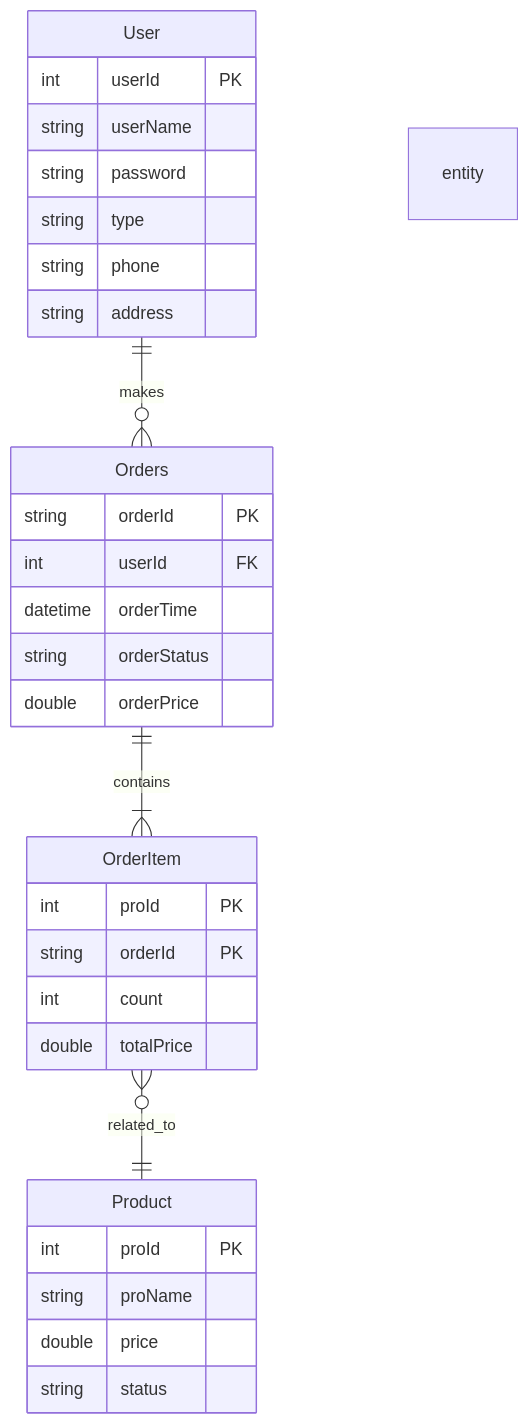
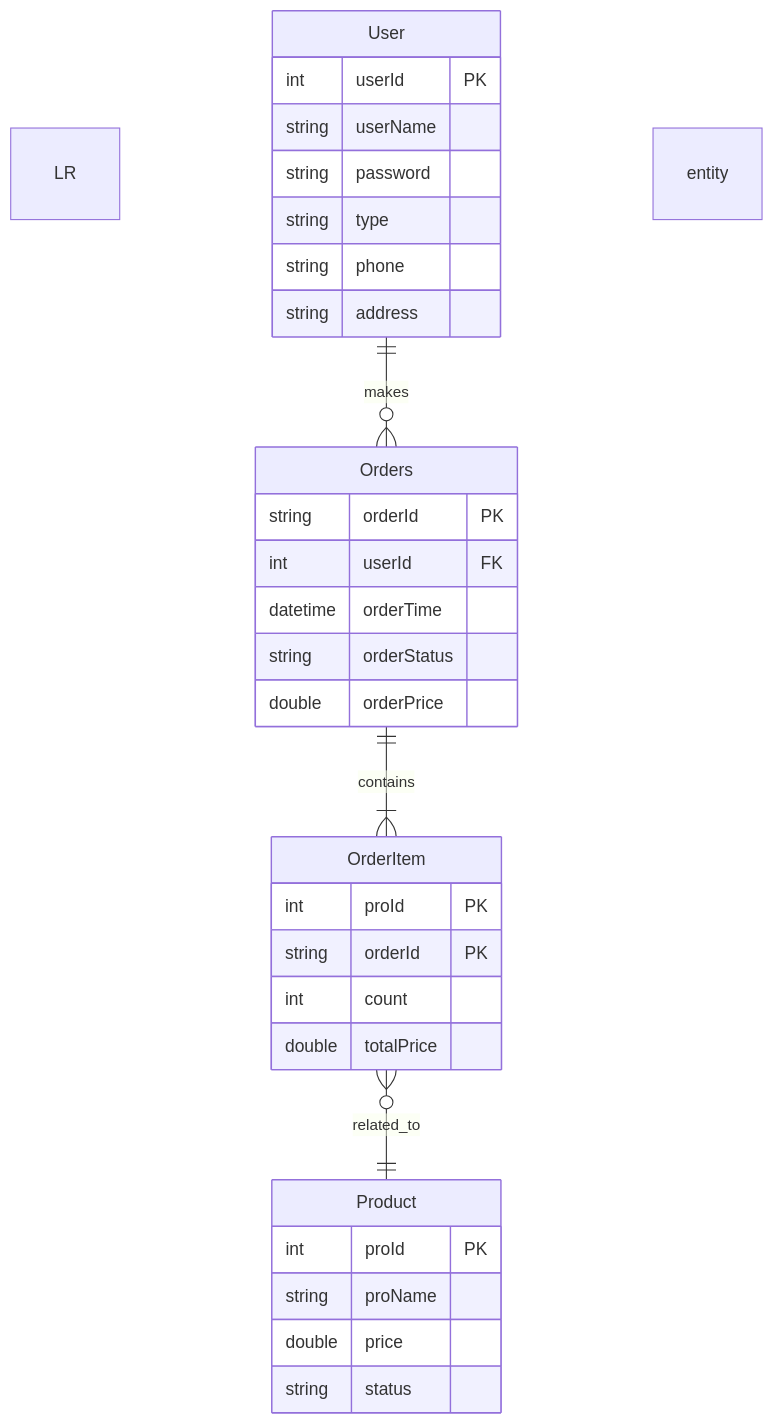
One commit to Beryl-wangzl/iodraw-files changed the diagram in all/未命名-2.md. Above: the diagram before and after it, drawn with Mermaid.

Commit message:
2024-12-27 10:59:04 update

````diff
--- a/all/未命名-2.md
+++ b/all/未命名-2.md
@@ -1,38 +1,37 @@
 ```mermaid
-erDiagram
-
+erDiagram LR
     User ||--o{ Orders : makes
     Orders ||--|{ OrderItem : contains
     OrderItem }o--|| Product : related_to
 
     entity User {
         int userId PK
         string userName
         string password
         string type
         string phone
         string address
     }
 
     entity Orders {
         string orderId PK
         int userId FK
         datetime orderTime
         string orderStatus
         double orderPrice
     }
 
     entity OrderItem {
         int proId PK
         string orderId PK
         int count
         double totalPrice
     }
 
     entity Product {
         int proId PK
         string proName
         double price
         string status
     }
 ```
````
